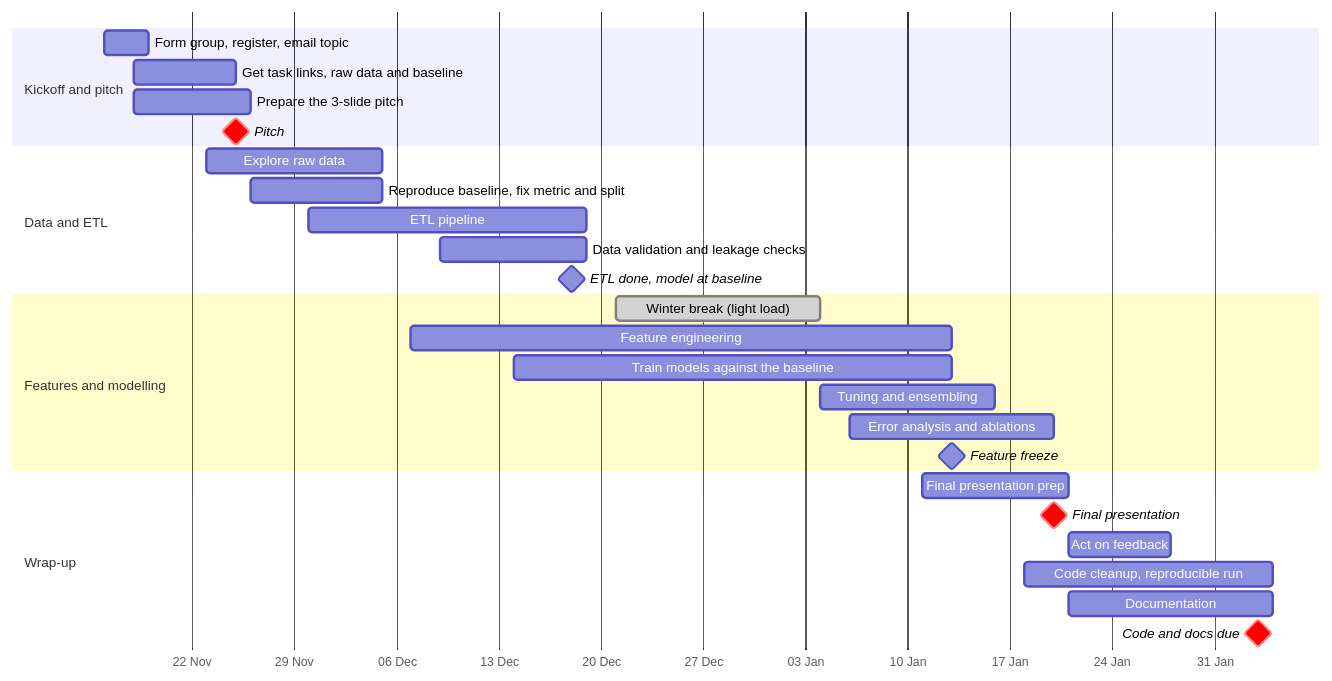
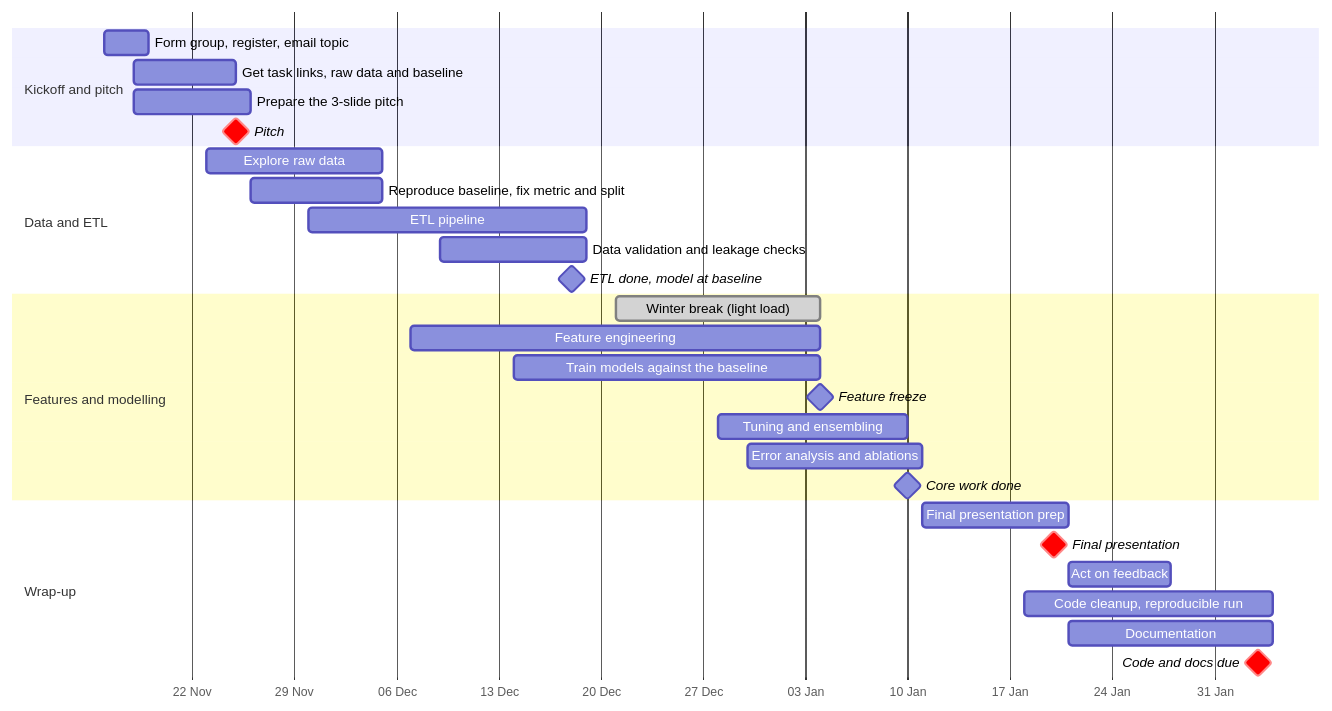
The diagram in README.md (ygtmesci/deml-dbahn), drawn with Mermaid before and after one commit. The commit also changed other lines of this file, not shown here.

Commit message:
Move tuning and error analysis before 10 Jan, add buffer before final presentation

````diff
--- a/README.md
+++ b/README.md
@@ -37,34 +37,35 @@
 ```mermaid
 gantt
     dateFormat YYYY-MM-DD
     axisFormat %d %b
 
     section Kickoff and pitch
     Form group, register, email topic          :2026-11-16, 3d
     Get task links, raw data and baseline      :2026-11-18, 7d
     Prepare the 3-slide pitch                  :2026-11-18, 8d
     Pitch                                      :crit, milestone, 2026-11-25, 0d
 
     section Data and ETL
     Explore raw data                           :2026-11-23, 12d
     Reproduce baseline, fix metric and split   :2026-11-26, 9d
     ETL pipeline                               :2026-11-30, 19d
     Data validation and leakage checks         :2026-12-09, 10d
     ETL done, model at baseline                :milestone, 2026-12-18, 0d
 
     section Features and modelling
     Winter break (light load)                  :done, 2026-12-21, 14d
-    Feature engineering                        :2026-12-07, 37d
-    Train models against the baseline          :2026-12-14, 30d
-    Tuning and ensembling                      :2027-01-04, 12d
-    Error analysis and ablations               :2027-01-06, 14d
-    Feature freeze                             :milestone, 2027-01-13, 0d
+    Feature engineering                        :2026-12-07, 28d
+    Train models against the baseline          :2026-12-14, 21d
+    Feature freeze                             :milestone, 2027-01-04, 0d
+    Tuning and ensembling                      :2026-12-28, 13d
+    Error analysis and ablations               :2026-12-30, 12d
+    Core work done                             :milestone, 2027-01-10, 0d
 
     section Wrap-up
     Final presentation prep                    :2027-01-11, 10d
     Final presentation                         :crit, milestone, 2027-01-20, 0d
     Act on feedback                            :2027-01-21, 7d
     Code cleanup, reproducible run             :2027-01-18, 17d
     Documentation                              :2027-01-21, 14d
     Code and docs due                          :crit, milestone, 2027-02-03, 0d
 ```
````
